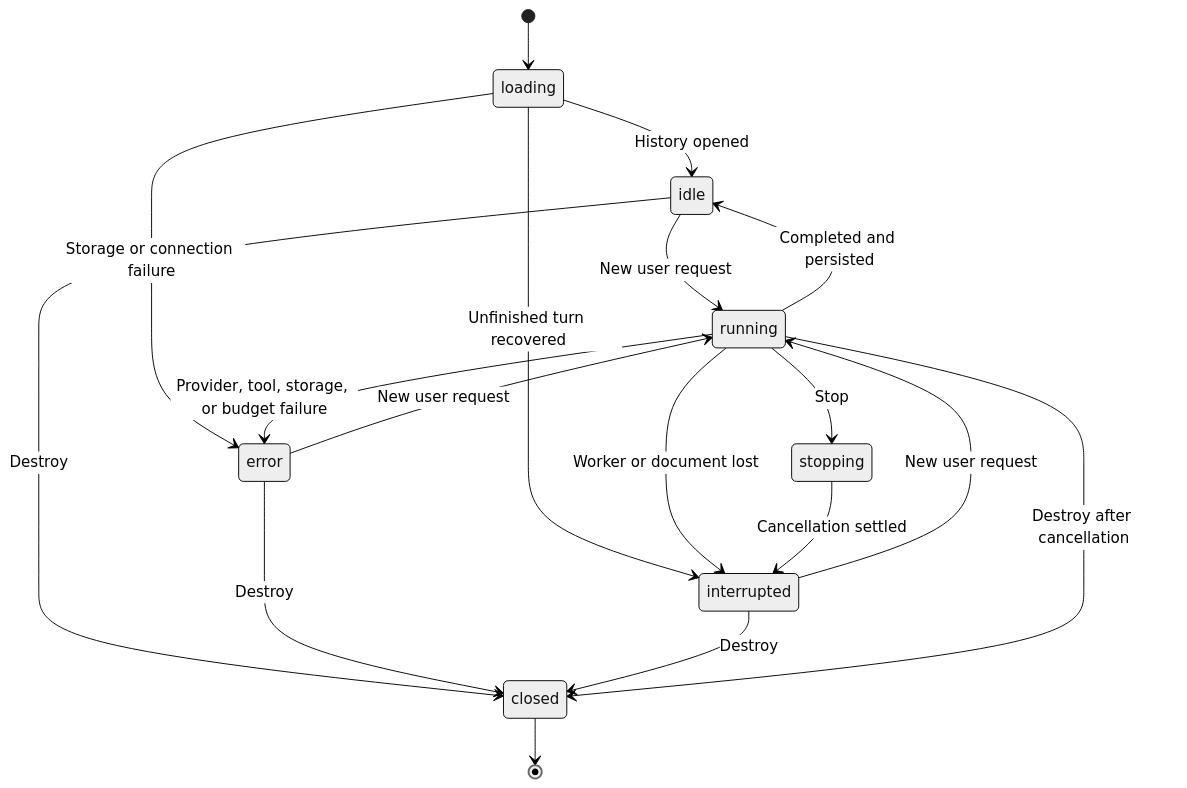
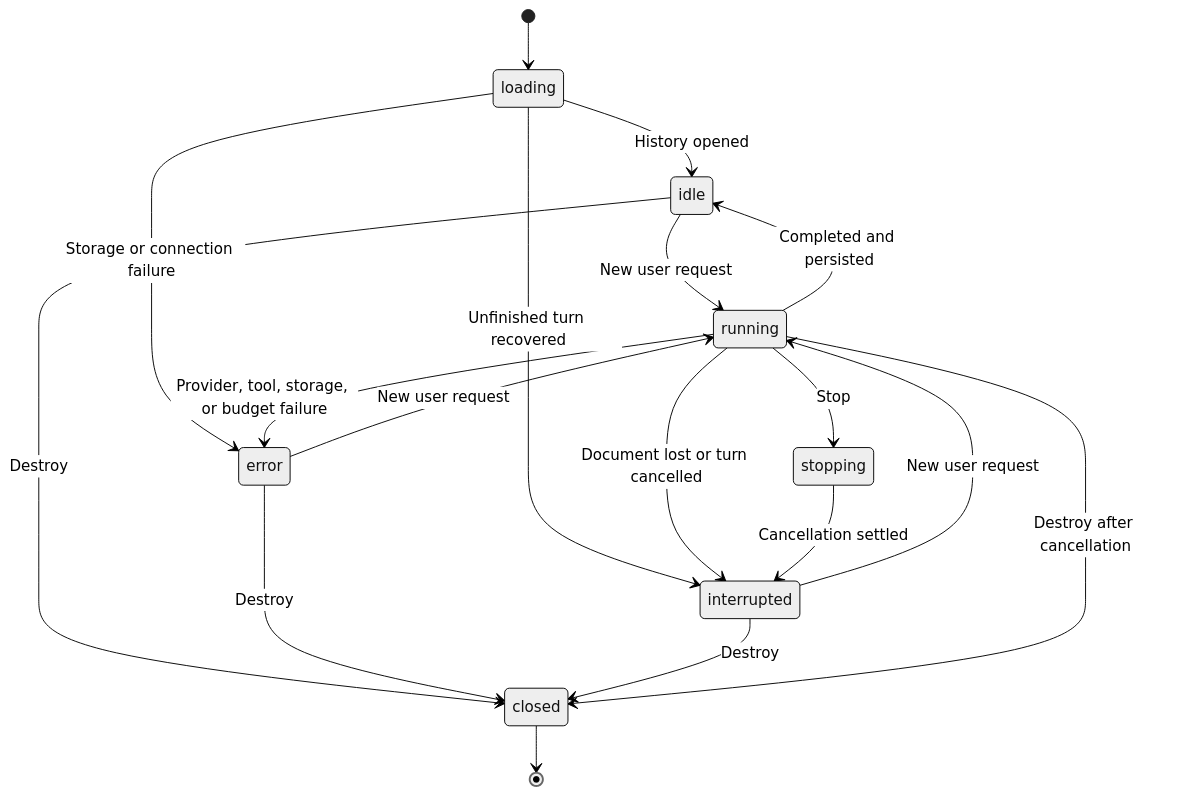
One commit to vampaz/web-mcp changed the third of 3 diagrams in docs/architecture.md. Above: the diagram before and after it, drawn with Mermaid (neutral theme). The commit also changed other lines of this file and 19 other files, not shown here.

````diff
--- a/docs/architecture.md
+++ b/docs/architecture.md
@@ -97,20 +97,20 @@
 ```mermaid
 stateDiagram-v2
   [*] --> loading
   loading --> idle: History opened
   loading --> interrupted: Unfinished turn recovered
   loading --> error: Storage or connection failure
   idle --> running: New user request
   interrupted --> running: New user request
   error --> running: New user request
   running --> stopping: Stop
   running --> idle: Completed and persisted
   running --> error: Provider, tool, storage, or budget failure
-  running --> interrupted: Worker or document lost
+  running --> interrupted: Document lost or turn cancelled
   stopping --> interrupted: Cancellation settled
   idle --> closed: Destroy
   error --> closed: Destroy
   interrupted --> closed: Destroy
   running --> closed: Destroy after cancellation
   closed --> [*]
 ```
````
